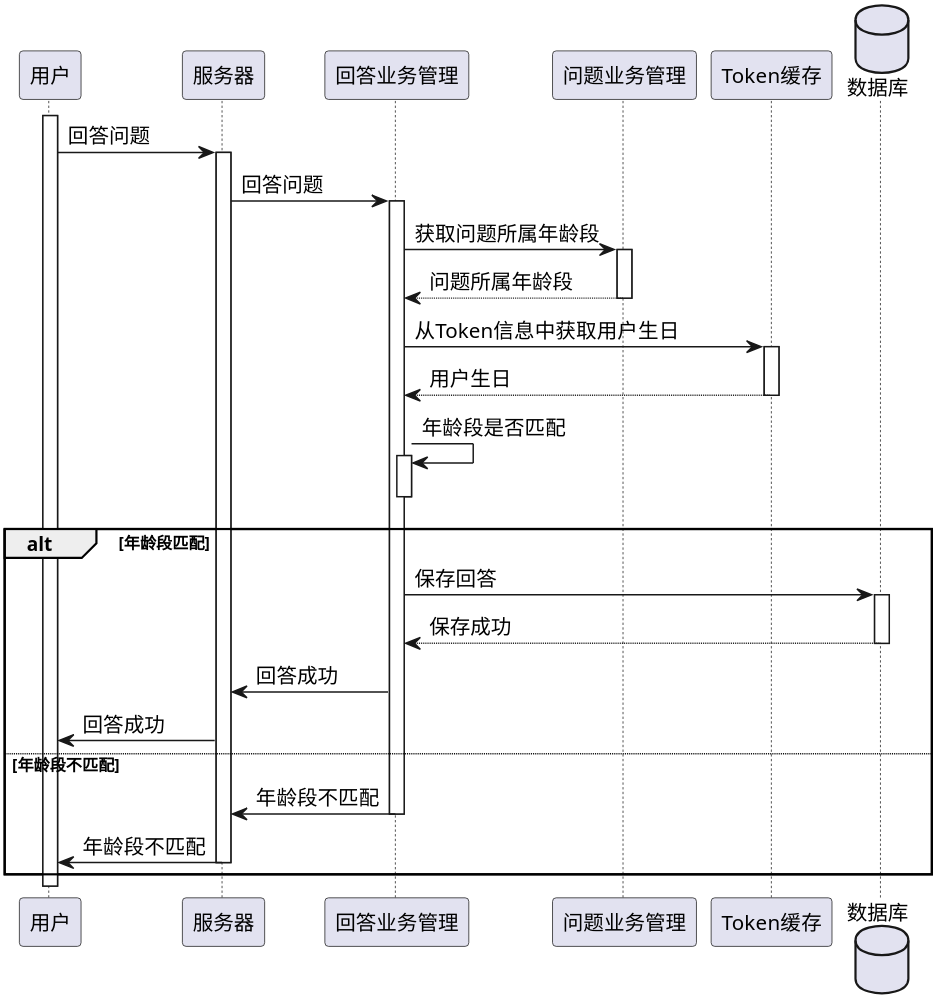
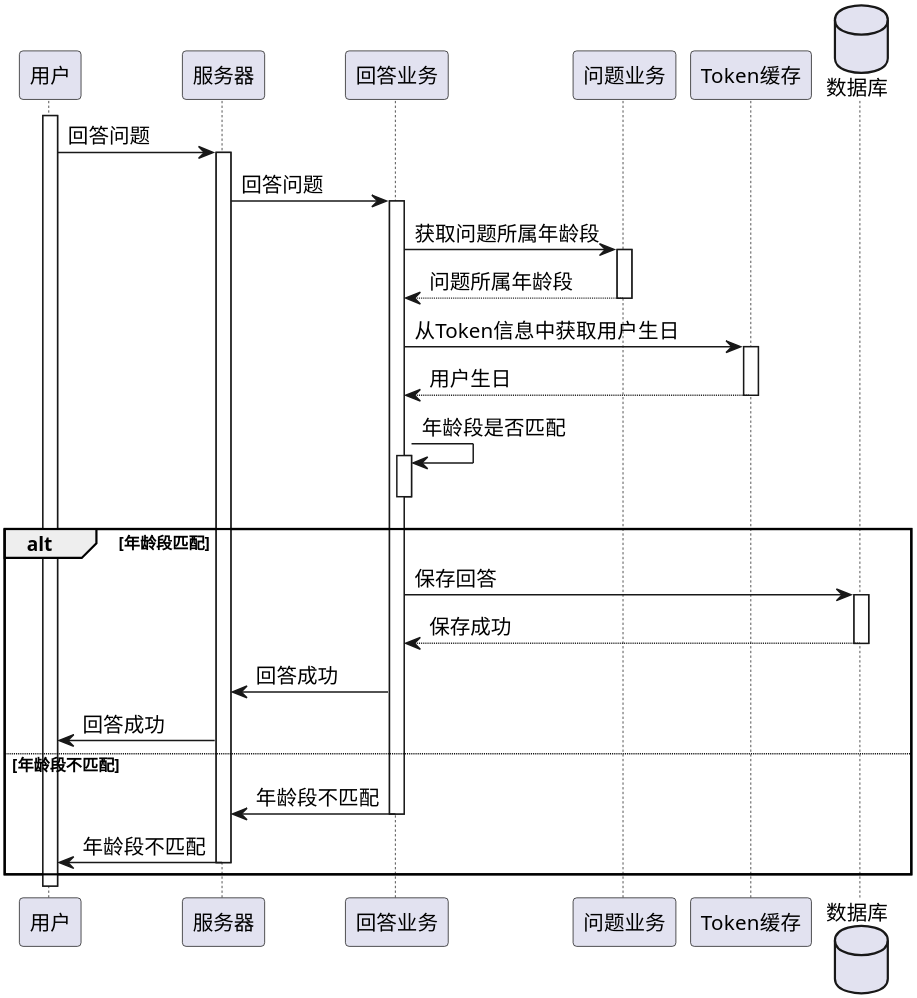
The diagram in uml/时序图/answer/年龄段检查.puml (Etherealss/AskAnswer), drawn with PlantUML before and after one commit. The commit also changed 9 other files, not shown here.

```diff
--- a/uml/时序图/answer/年龄段检查.puml
+++ b/uml/时序图/answer/年龄段检查.puml
@@ -1,37 +1,37 @@
 @startuml
 'https://plantuml.com/sequence-diagram
 skinparam shadowing false
 skinparam defaultFontName xfonts-wqy
 skinparam defaultFontName times
 skinparam dpi 300
 skinparam activity  {
     DiamondFontSize 14
     ArrowFontSize 14
     FontSize 14
 }
 
 participant 用户 as User
 participant 服务器 as Server
-participant 回答业务管理 as AnswerService
-participant 问题业务管理 as QuestionService
+participant 回答业务 as AnswerService
+participant 问题业务 as QuestionService
 participant Token缓存 as CurUserTokenHolder
 database 数据库 as DB
 
 activate User
 User -> Server ++: 回答问题
 Server -> AnswerService ++: 回答问题
 AnswerService -> QuestionService ++: 获取问题所属年龄段
 return 问题所属年龄段
 AnswerService -> CurUserTokenHolder++: 从Token信息中获取用户生日
 return 用户生日
 AnswerService -> AnswerService ++--: 年龄段是否匹配
 alt 年龄段匹配
     AnswerService -> DB ++: 保存回答
     return 保存成功
     Server <- AnswerService : 回答成功
     User <- Server : 回答成功
 else 年龄段不匹配
     Server <- AnswerService-- : 年龄段不匹配
     User <- Server-- : 年龄段不匹配
 end
 @enduml
```
